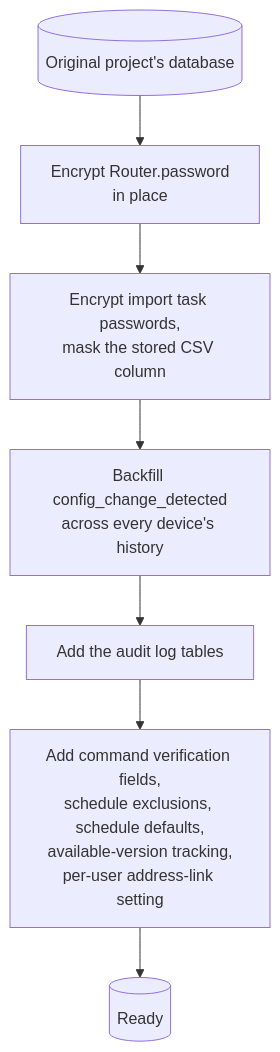
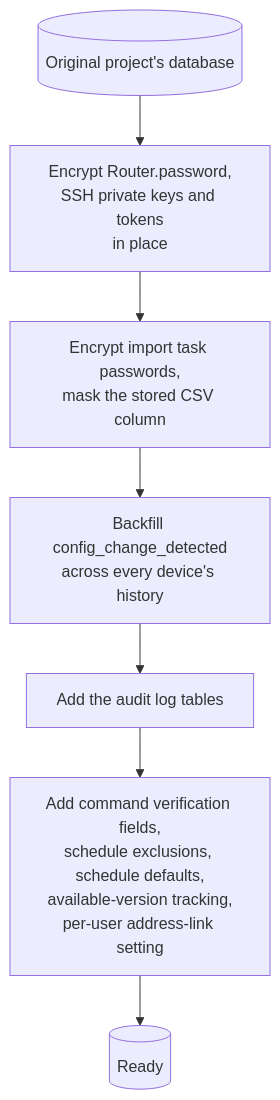
Before and after one commit to alessiobravi/routerfleet_improved: the diagram in docs/upgrading.md, drawn with Mermaid. The commit also changed other lines of this file and 12 other files, not shown here.

````diff
--- a/docs/upgrading.md
+++ b/docs/upgrading.md
@@ -58,9 +58,9 @@
 ```mermaid
 flowchart TD
-    db[("Original project's database")] --> m1["Encrypt Router.password<br/>in place"]
+    db[("Original project's database")] --> m1["Encrypt Router.password,<br/>SSH private keys and tokens<br/>in place"]
     m1 --> m2["Encrypt import task passwords,<br/>mask the stored CSV column"]
     m2 --> m3["Backfill config_change_detected<br/>across every device's history"]
     m3 --> m4["Add the audit log tables"]
     m4 --> m5["Add command verification fields,<br/>schedule exclusions, schedule defaults,<br/>available-version tracking,<br/>per-user address-link setting"]
     m5 --> done[("Ready")]
 ```
````
